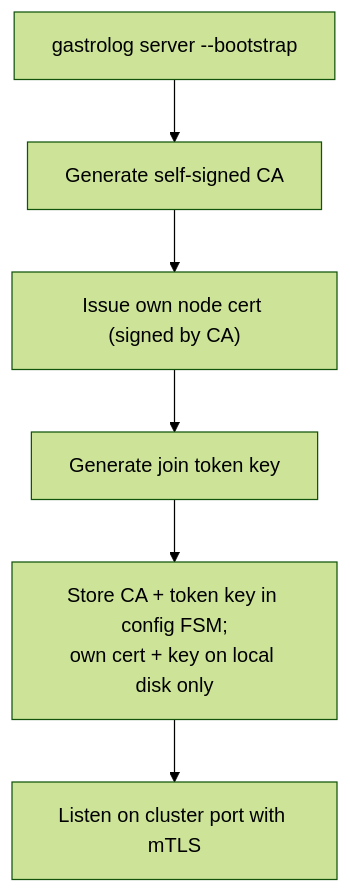
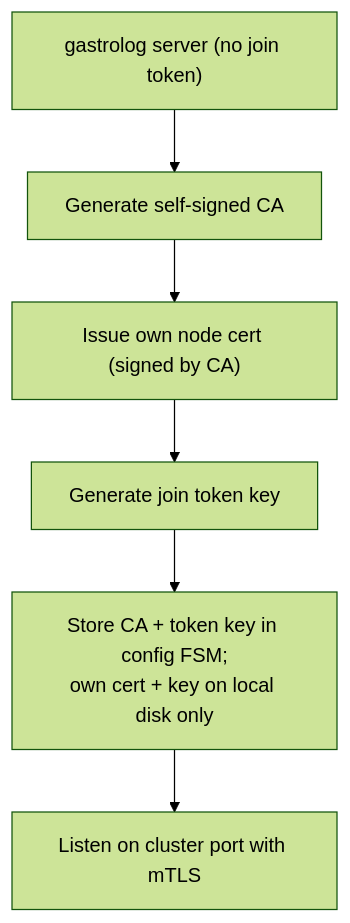
Before and after one commit to kluzzebass/gastrolog: the second of 5 diagrams in docs/cluster_enrollment.md, drawn with Mermaid (forest theme). The commit also changed other lines of this file and 112 other files, not shown here.

````diff
--- a/docs/cluster_enrollment.md
+++ b/docs/cluster_enrollment.md
@@ -54,8 +60,8 @@
 ```mermaid
 flowchart TD
-    Start["gastrolog server --bootstrap"] --> GenCA["Generate self-signed CA"]
+    Start["gastrolog server (no join token)"] --> GenCA["Generate self-signed CA"]
     GenCA --> GenCert["Issue own node cert (signed by CA)"]
     GenCert --> GenToken["Generate join token key"]
     GenToken --> Store["Store CA + token key in config FSM;<br>own cert + key on local disk only"]
     Store --> Listen["Listen on cluster port with mTLS"]
 ```
````
